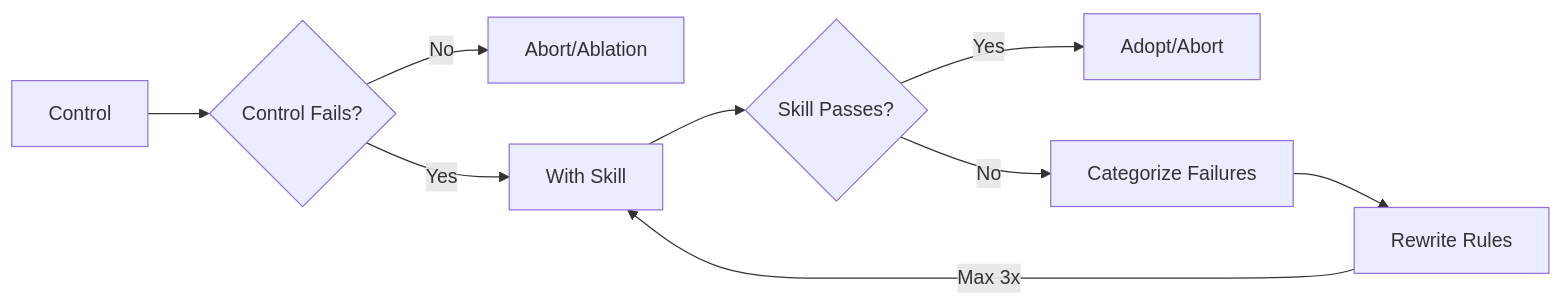
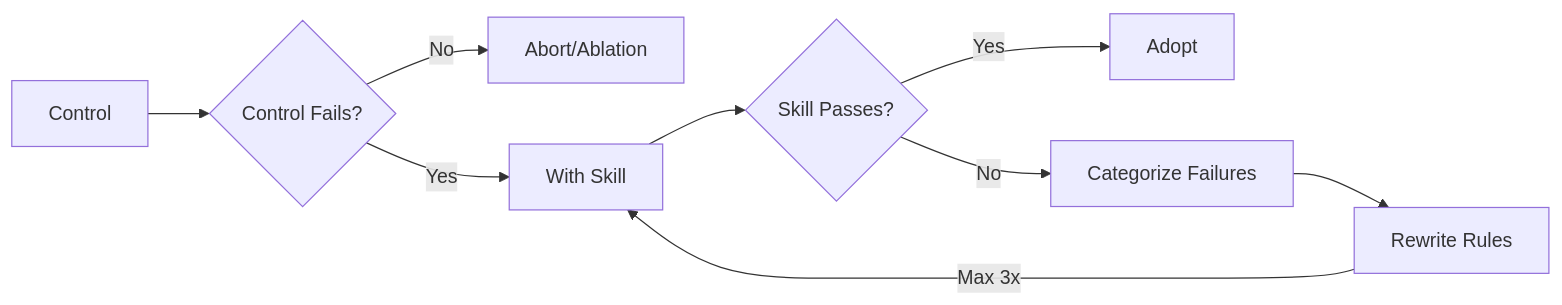
One commit to dczmer/dangerpowers changed the fourth of 4 diagrams in docs/writing-skills/part-3/README.md. Above: the diagram before and after it, drawn with Mermaid. The commit also changed other lines of this file and 2 other files, not shown here.

````diff
--- a/docs/writing-skills/part-3/README.md
+++ b/docs/writing-skills/part-3/README.md
@@ -365,11 +352,11 @@
 ```mermaid
 flowchart LR
     CONTROL[Control] --> CF{Control Fails?}
     CF -->|No| ABLATION[Abort/Ablation]
     CF -->|Yes| SKILL[With Skill]
     SKILL --> SP{Skill Passes?}
-    SP -->|Yes| ADOPT[Adopt/Abort]
+    SP -->|Yes| ADOPT[Adopt]
     SP -->|No| CAT[Categorize Failures]
     CAT --> RW[Rewrite Rules]
     RW -->|Max 3x| SKILL
 ```
````
